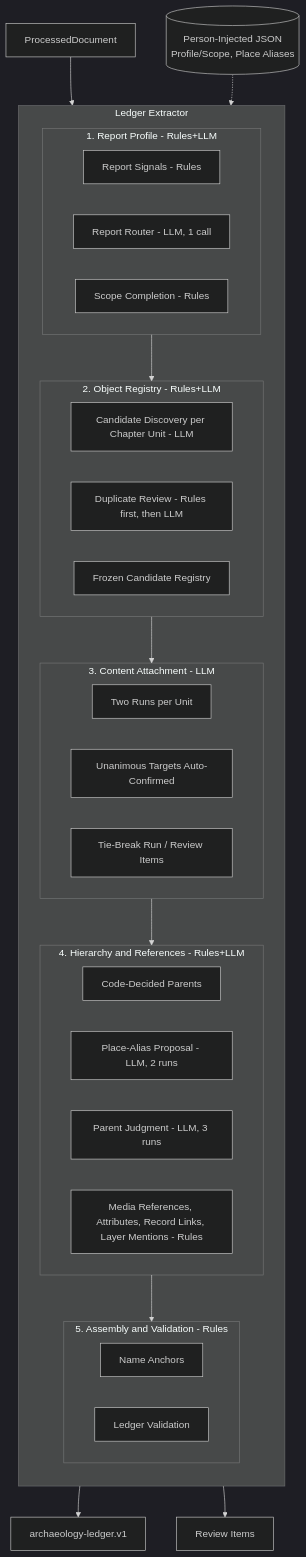
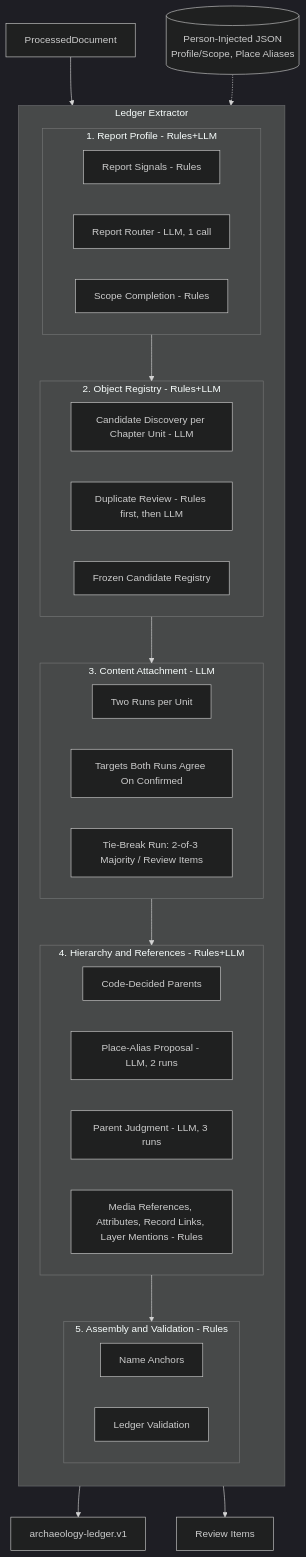
One commit to heripo-lab/heripo-engine changed the fifth of 6 diagrams in docs/architecture.md. Above: the diagram before and after it, drawn with Mermaid (dark theme). The commit also changed other lines of this file and 7 other files, not shown here.

First line of the commit message:
docs: describe majority tie-breaks, profile area rules and VLM correction cost accurately

````diff
--- a/docs/architecture.md
+++ b/docs/architecture.md
@@ -371,43 +371,43 @@
 ```mermaid
 flowchart TB
     subgraph LedgerExtractor[Ledger Extractor]
         direction TB
 
         subgraph Profile[1. Report Profile - Rules+LLM]
             R1[Report Signals - Rules]
             R2[Report Router - LLM, 1 call]
             R3[Scope Completion - Rules]
         end
 
         subgraph Registry[2. Object Registry - Rules+LLM]
             D1[Candidate Discovery per Chapter Unit - LLM]
             D2[Duplicate Review - Rules first, then LLM]
             D3[Frozen Candidate Registry]
         end
 
         subgraph Attach[3. Content Attachment - LLM]
             A1[Two Runs per Unit]
-            A2[Unanimous Targets Auto-Confirmed]
-            A3[Tie-Break Run / Review Items]
+            A2[Targets Both Runs Agree On Confirmed]
+            A3[Tie-Break Run: 2-of-3 Majority / Review Items]
         end
 
         subgraph Relate[4. Hierarchy and References - Rules+LLM]
             P1[Code-Decided Parents]
             P2[Place-Alias Proposal - LLM, 2 runs]
             P3[Parent Judgment - LLM, 3 runs]
             P4[Media References, Attributes, Record Links, Layer Mentions - Rules]
         end
 
         subgraph Validate[5. Assembly and Validation - Rules]
             V1[Name Anchors]
             V2[Ledger Validation]
         end
 
         Profile --> Registry --> Attach --> Relate --> Validate
     end
 
     Processed[ProcessedDocument] --> LedgerExtractor
     Person[(Person-Injected JSON<br/>Profile/Scope, Place Aliases)] -.-> LedgerExtractor
     LedgerExtractor --> LedgerData[archaeology-ledger.v1]
     LedgerExtractor --> Review[Review Items]
 ```
````
